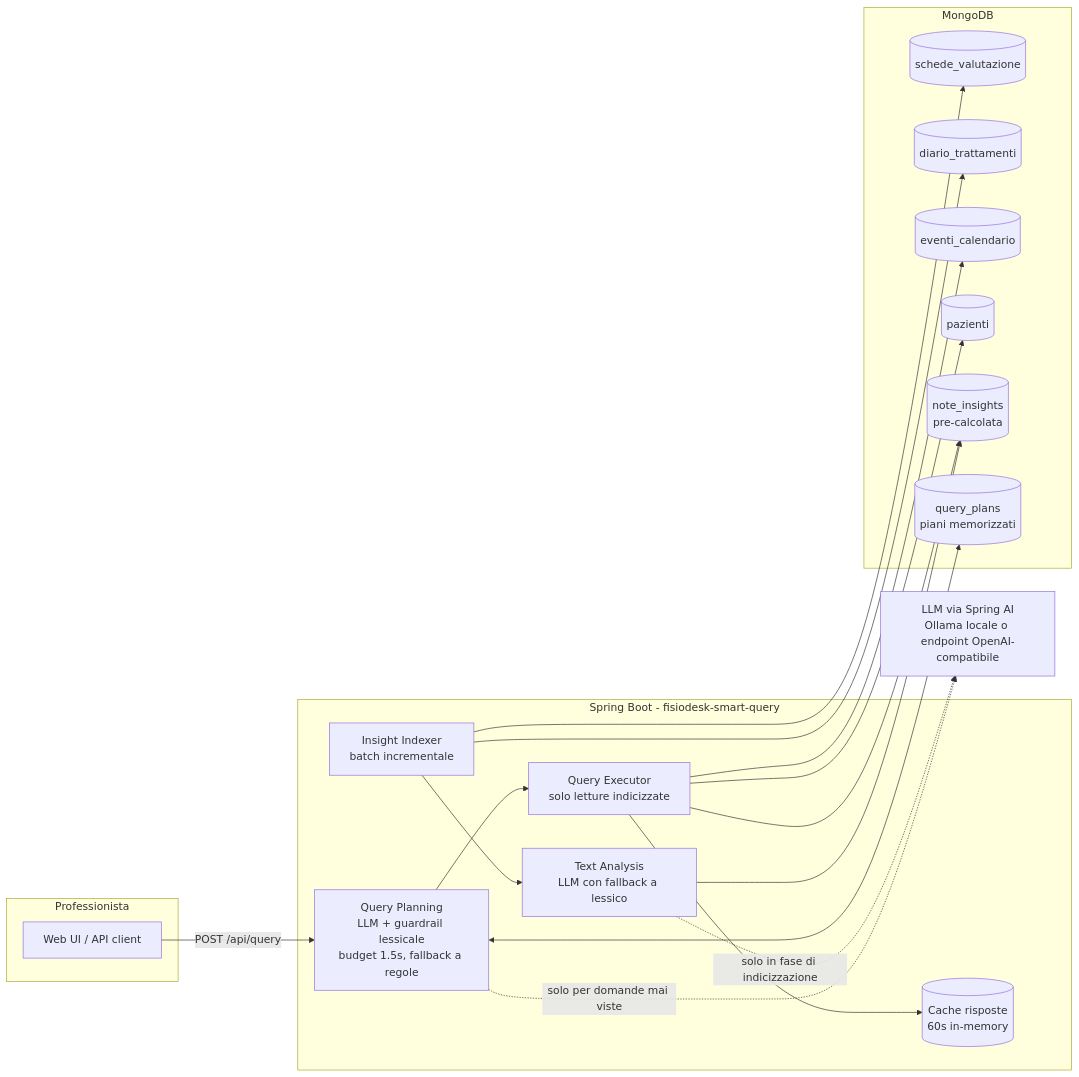
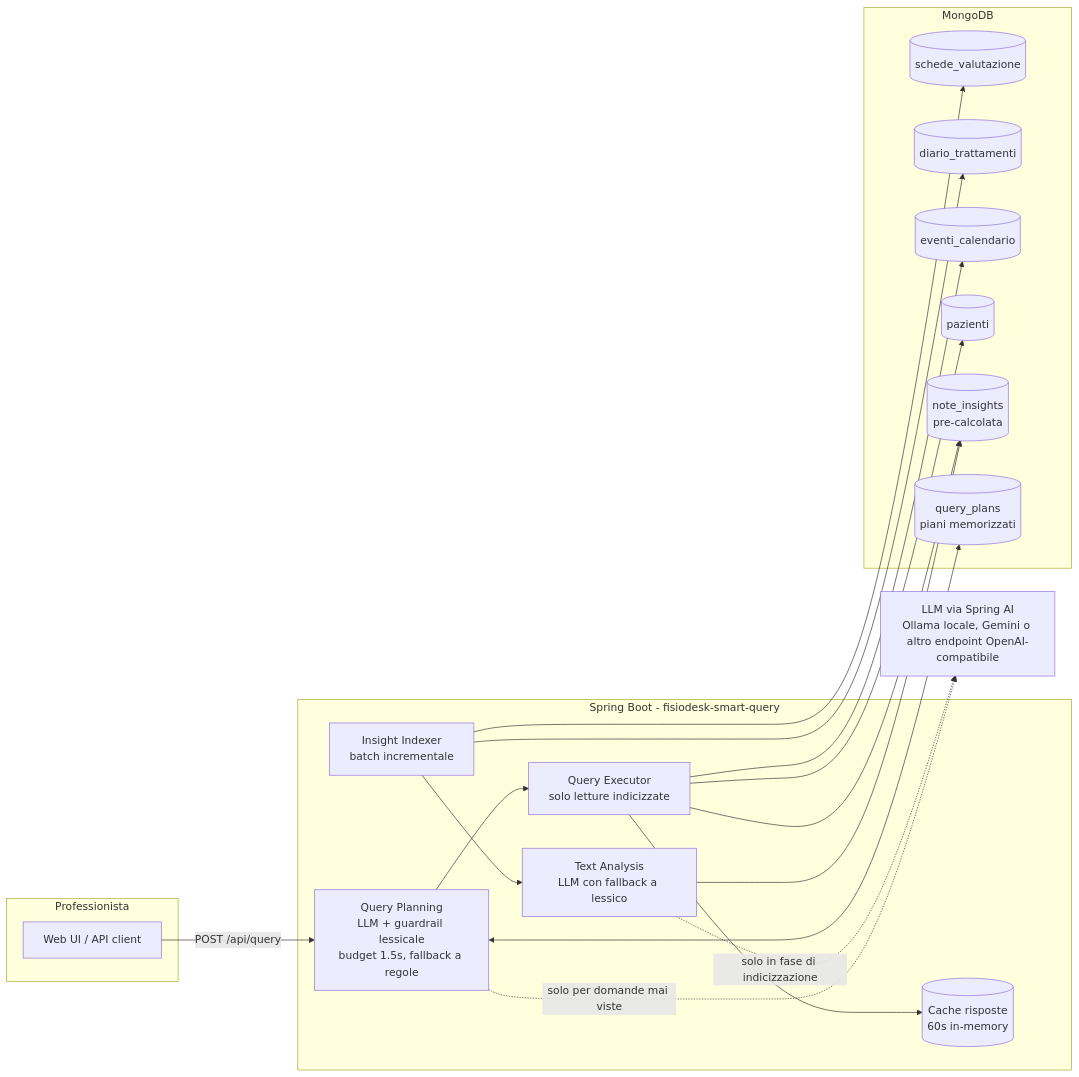
One commit to simplayy/fisiodesk-ai-healthcare-assignment changed the diagram in README.md. Above: the diagram before and after it, drawn with Mermaid. The commit also changed other lines of this file and 6 other files, not shown here.

First line of the commit message:
Add Gemini overlay via the OpenAI-compatible endpoint

````diff
--- a/README.md
+++ b/README.md
@@ -84,38 +93,38 @@
 ```mermaid
 flowchart LR
     subgraph client [Professionista]
         UI[Web UI / API client]
     end
 
     subgraph app [Spring Boot - fisiodesk-smart-query]
         QP[Query Planning<br/>LLM + guardrail lessicale<br/>budget 1.5s, fallback a regole]
         EX[Query Executor<br/>solo letture indicizzate]
         CACHE[(Cache risposte<br/>60s in-memory)]
         IDX[Insight Indexer<br/>batch incrementale]
         AN[Text Analysis<br/>LLM con fallback a lessico]
     end
 
     subgraph mongo [MongoDB]
         SV[(schede_valutazione)]
         DT[(diario_trattamenti)]
         EC[(eventi_calendario)]
         PZ[(pazienti)]
         NI[(note_insights<br/>pre-calcolata)]
         QPL[(query_plans<br/>piani memorizzati)]
     end
 
-    LLM[LLM via Spring AI<br/>Ollama locale o endpoint OpenAI-compatibile]
+    LLM[LLM via Spring AI<br/>Ollama locale, Gemini o altro endpoint OpenAI-compatibile]
 
     UI -->|POST /api/query| QP --> EX
     QP <--> QPL
     EX --> CACHE
     EX --> NI
     EX --> EC
     EX --> PZ
     IDX --> SV
     IDX --> DT
     IDX --> AN
     AN -.->|solo in fase di indicizzazione| LLM
     QP -.->|solo per domande mai viste| LLM
     AN --> NI
 ```
````
